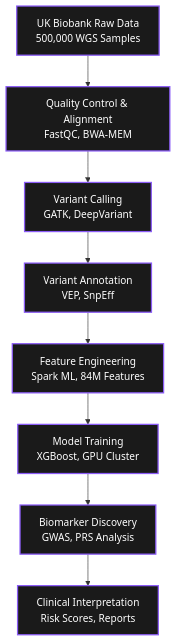
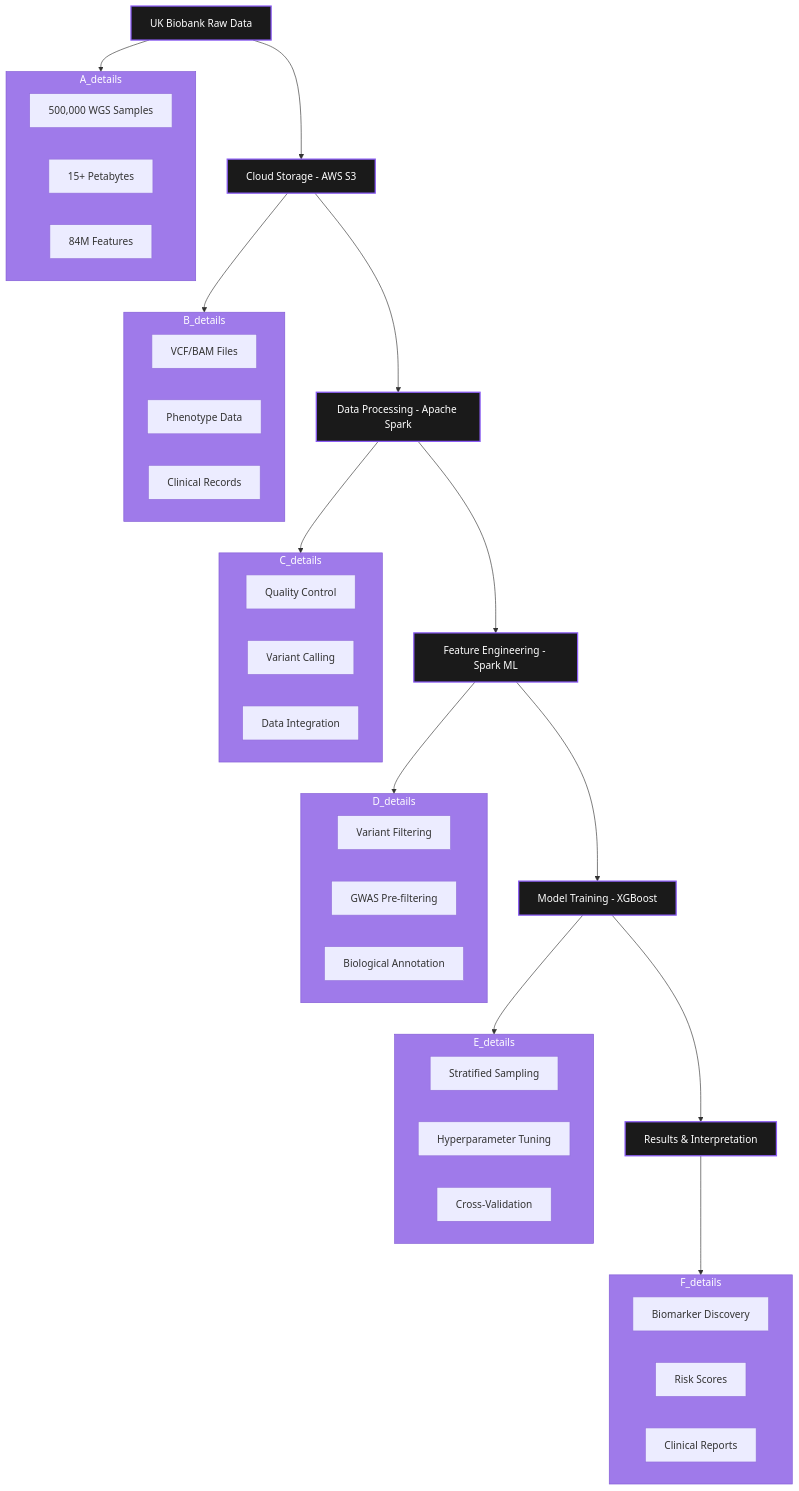
The diagram in index.md (idrees118/idrees118.github.io), drawn with Mermaid before and after one commit.

```diff
--- a/index.md
+++ b/index.md
@@ -573,19 +573,64 @@
                 <div class="mermaid">
 graph TD
-    A[UK Biobank Raw Data<br/>500,000 WGS Samples] --> B[Quality Control & Alignment<br/>FastQC, BWA-MEM]
-    B --> C[Variant Calling<br/>GATK, DeepVariant]
-    C --> D[Variant Annotation<br/>VEP, SnpEff]
-    D --> E[Feature Engineering<br/>Spark ML, 84M Features]
-    E --> F[Model Training<br/>XGBoost, GPU Cluster]
-    F --> G[Biomarker Discovery<br/>GWAS, PRS Analysis]
-    G --> H[Clinical Interpretation<br/>Risk Scores, Reports]
+    A[UK Biobank Raw Data] --> B[Cloud Storage - AWS S3]
+    B --> C[Data Processing - Apache Spark]
+    C --> D[Feature Engineering - Spark ML]
+    D --> E[Model Training - XGBoost]
+    E --> F[Results & Interpretation]
     
+    subgraph A_details
+        A1[500,000 WGS Samples]
+        A2[15+ Petabytes]
+        A3[84M Features]
+    end
+    
+    subgraph B_details
+        B1[VCF/BAM Files]
+        B2[Phenotype Data]
+        B3[Clinical Records]
+    end
+    
+    subgraph C_details
+        C1[Quality Control]
+        C2[Variant Calling]
+        C3[Data Integration]
+    end
+    
+    subgraph D_details
+        D1[Variant Filtering]
+        D2[GWAS Pre-filtering]
+        D3[Biological Annotation]
+    end
+    
+    subgraph E_details
+        E1[Stratified Sampling]
+        E2[Hyperparameter Tuning]
+        E3[Cross-Validation]
+    end
+    
+    subgraph F_details
+        F1[Biomarker Discovery]
+        F2[Risk Scores]
+        F3[Clinical Reports]
+    end
+    
+    A --> A_details
+    B --> B_details
+    C --> C_details
+    D --> D_details
+    E --> E_details
+    F --> F_details
+
     style A fill:#1a1a1a,stroke:#8b5cf6,stroke-width:2px,color:#ffffff
     style B fill:#1a1a1a,stroke:#8b5cf6,stroke-width:2px,color:#ffffff
     style C fill:#1a1a1a,stroke:#8b5cf6,stroke-width:2px,color:#ffffff
     style D fill:#1a1a1a,stroke:#8b5cf6,stroke-width:2px,color:#ffffff
     style E fill:#1a1a1a,stroke:#8b5cf6,stroke-width:2px,color:#ffffff
     style F fill:#1a1a1a,stroke:#8b5cf6,stroke-width:2px,color:#ffffff
-    style G fill:#1a1a1a,stroke:#8b5cf6,stroke-width:2px,color:#ffffff
-    style H fill:#1a1a1a,stroke:#8b5cf6,stroke-width:2px,color:#ffffff
+    style A_details fill:#9F7AEA,stroke:#805AD5,stroke-width:1px,color:#ffffff
+    style B_details fill:#9F7AEA,stroke:#805AD5,stroke-width:1px,color:#ffffff
+    style C_details fill:#9F7AEA,stroke:#805AD5,stroke-width:1px,color:#ffffff
+    style D_details fill:#9F7AEA,stroke:#805AD5,stroke-width:1px,color:#ffffff
+    style E_details fill:#9F7AEA,stroke:#805AD5,stroke-width:1px,color:#ffffff
+    style F_details fill:#9F7AEA,stroke:#805AD5,stroke-width:1px,color:#ffffff
                 </div>
```
